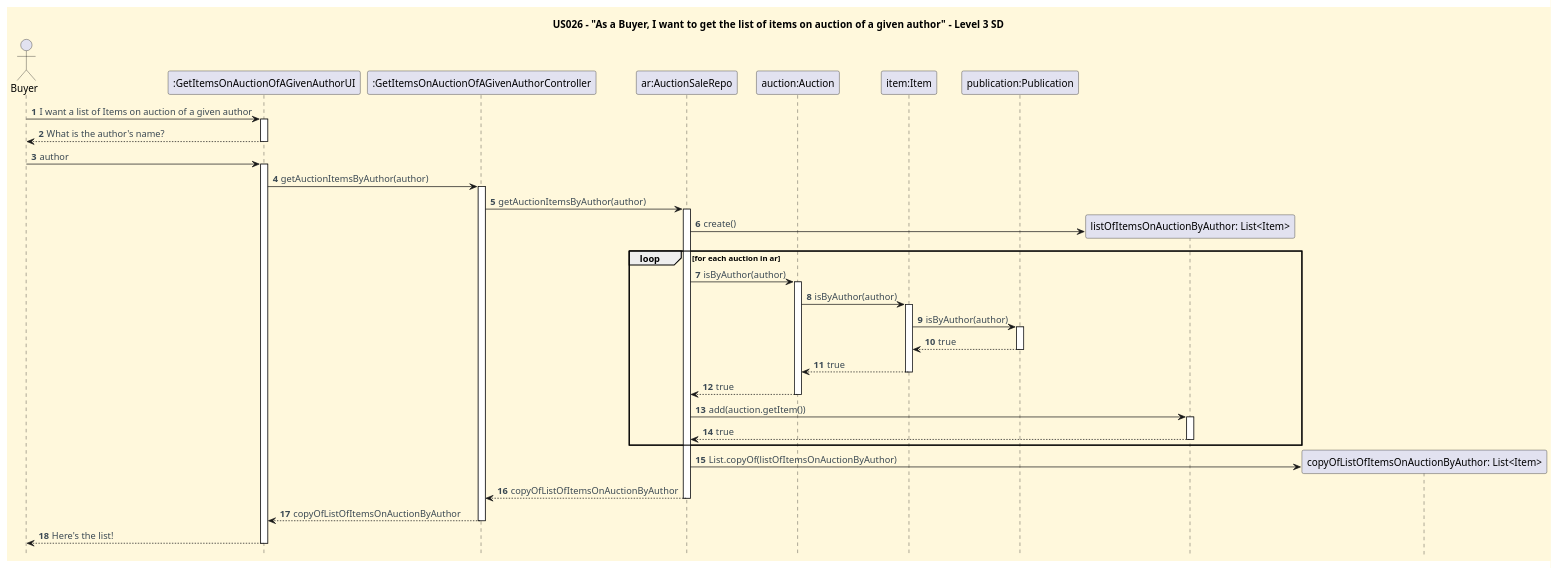
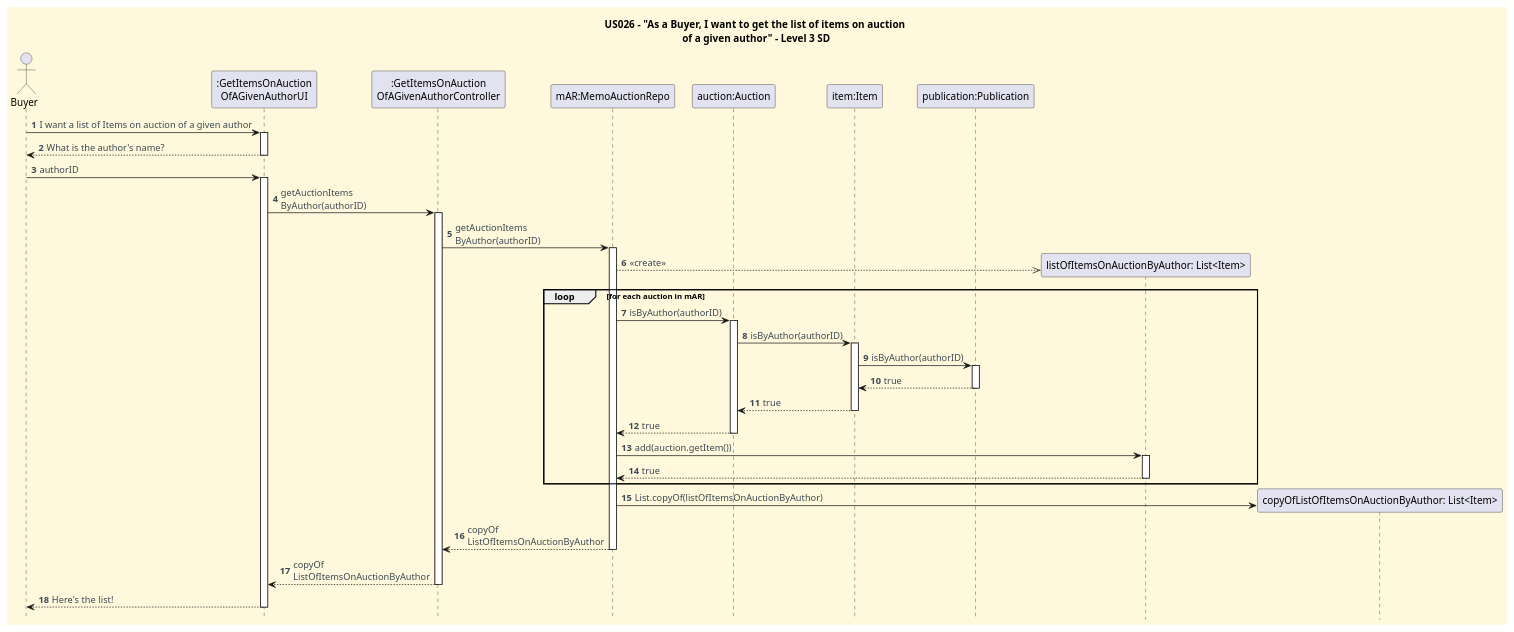
One commit to CarolinaLeite-collab/JavaMarketplacePlatform changed the diagram in docs/userStories/US026/US026_get_list_of_items_on_auction_of_given_author_SD_2.puml. Above: the diagram before and after it, drawn with PlantUML. The commit also changed 3 other files, not shown here.

```diff
--- a/docs/userStories/US026/US026_get_list_of_items_on_auction_of_given_author_SD_2.puml
+++ b/docs/userStories/US026/US026_get_list_of_items_on_auction_of_given_author_SD_2.puml
@@ -1,78 +1,78 @@
 @startuml
-title US026 – "As a Buyer, I want to get the list of items on auction of a given author" - Level 3 SD
+title US026 – "As a Buyer, I want to get the list of items on auction \nof a given author" - Level 3 SD
 hidefootbox
 
 '==== basic style ====
 skinparam monochrome false
 skinparam shadowing false
 skinparam defaultFontName Futura
 skinparam objectFontSize 20
 skinparam backgroundColor CornSilk
 skinparam objectBackgroundColor WhiteSmoke
 skinparam noteBackgroundColor #FFFFE0
 skinparam ArrowFontColor #3B4953
 skinparam ActivationBackgroundColor black
 
 autonumber
 autoactivate off
 
 ' --- Actor and participants ---
 actor Buyer
-participant ":GetItemsOnAuctionOfAGivenAuthorUI" as UI
-participant ":GetItemsOnAuctionOfAGivenAuthorController" as CTL
-participant "ar:AuctionSaleRepo" as DSR
+participant ":GetItemsOnAuction\nOfAGivenAuthorUI" as UI
+participant ":GetItemsOnAuction\nOfAGivenAuthorController" as CTL
+participant "mAR:MemoAuctionRepo" as DSR
 participant "auction:Auction" as DS
 participant "item:Item" as IT
 participant "publication:Publication" as PUB
 
 
 
 ' --- Dialog ---
 Buyer -> UI: I want a list of Items on auction of a given author
 activate UI
 UI --> Buyer: What is the author's name?
 deactivate UI
-Buyer -> UI: author
+Buyer -> UI: authorID
 activate UI
-UI -> CTL: getAuctionItemsByAuthor(author)
+UI -> CTL: getAuctionItems\nByAuthor(authorID)
 activate CTL
-CTL -> DSR: getAuctionItemsByAuthor(author)
+CTL -> DSR: getAuctionItems\nByAuthor(authorID)
 activate DSR
 
 create "listOfItemsOnAuctionByAuthor: List<Item>" as List
-DSR -> List: create()
+DSR -->> List: <<create>>
 
-loop for each auction in ar
-    DSR -> DS: isByAuthor(author)
+loop for each auction in mAR
+    DSR -> DS: isByAuthor(authorID)
     activate DS
-    DS -> IT: isByAuthor(author)
+    DS -> IT: isByAuthor(authorID)
     activate IT
-    IT -> PUB: isByAuthor(author)
+    IT -> PUB: isByAuthor(authorID)
     activate PUB
     PUB --> IT: true
     deactivate PUB
     IT --> DS: true
     deactivate IT
     DS --> DSR: true
     deactivate DS
     DSR -> List: add(auction.getItem())
     activate List
     List --> DSR: true
     deactivate List
 end
 
 
 
 create "copyOfListOfItemsOnAuctionByAuthor: List<Item>" as Copy
 DSR -> Copy: List.copyOf(listOfItemsOnAuctionByAuthor)
 
 'participant "author:Author" as AUT
 
-DSR --> CTL: copyOfListOfItemsOnAuctionByAuthor
+DSR --> CTL: copyOf\nListOfItemsOnAuctionByAuthor
 deactivate DSR
-CTL --> UI: copyOfListOfItemsOnAuctionByAuthor
+CTL --> UI: copyOf\nListOfItemsOnAuctionByAuthor
 deactivate CTL
 UI --> Buyer: Here's the list!
 deactivate UI
 
 @enduml
```
